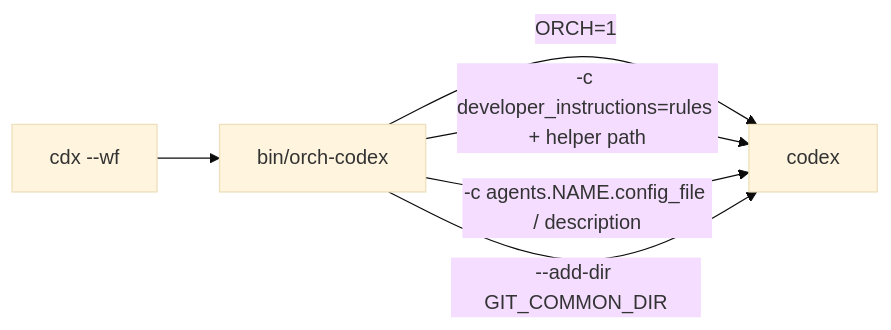
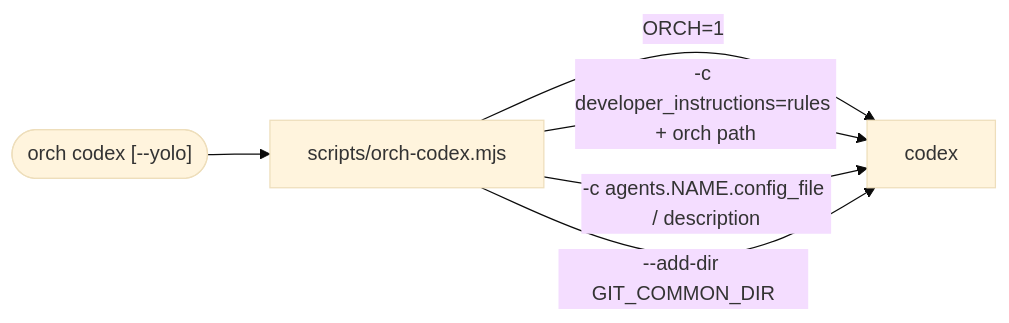
One commit to crafts69guy/orchestra changed the fourth of 9 diagrams in docs/ARCHITECTURE.md. Above: the diagram before and after it, drawn with Mermaid (base theme). The commit also changed other lines of this file and 26 other files, not shown here.

````diff
--- a/docs/ARCHITECTURE.md
+++ b/docs/ARCHITECTURE.md
@@ -140,8 +147,8 @@
 ```mermaid
 flowchart LR
-  cdx["cdx --wf"] --> launcher["bin/orch-codex"]
+  dev(["orch codex [--yolo]"]) --> launcher["scripts/orch-codex.mjs"]
   launcher -->|"ORCH=1"| codex["codex"]
-  launcher -->|"-c developer_instructions=rules + helper path"| codex
+  launcher -->|"-c developer_instructions=rules + orch path"| codex
   launcher -->|"-c agents.NAME.config_file / description"| codex
   launcher -->|"--add-dir GIT_COMMON_DIR"| codex
 ```
````
